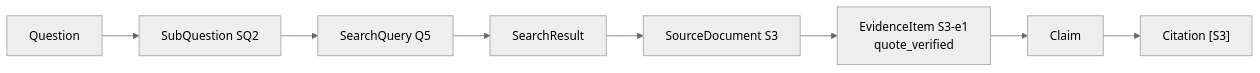
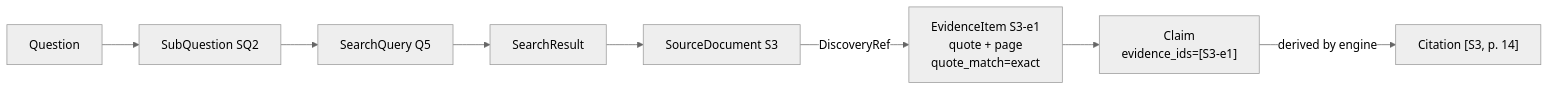
Before and after one commit to NirmalKumar31/agentic-research-engine: the second of 3 diagrams in README.md, drawn with Mermaid (neutral theme). The commit also changed other lines of this file, not shown here.

````diff
--- a/README.md
+++ b/README.md
@@ -101,10 +108,10 @@
 ```mermaid
 graph LR
     Q[Question] --> SQ[SubQuestion SQ2]
     SQ --> SE[SearchQuery Q5]
     SE --> SR[SearchResult]
     SR --> SD[SourceDocument S3]
-    SD --> EV[EvidenceItem S3-e1<br/>quote_verified]
-    EV --> CL[Claim]
-    CL --> CI["Citation [S3]"]
+    SD -- DiscoveryRef --> EV["EvidenceItem S3-e1<br/>quote + page<br/>quote_match=exact"]
+    EV --> CL["Claim<br/>evidence_ids=[S3-e1]"]
+    CL -- derived by engine --> CI["Citation [S3, p. 14]"]
 ```
````
